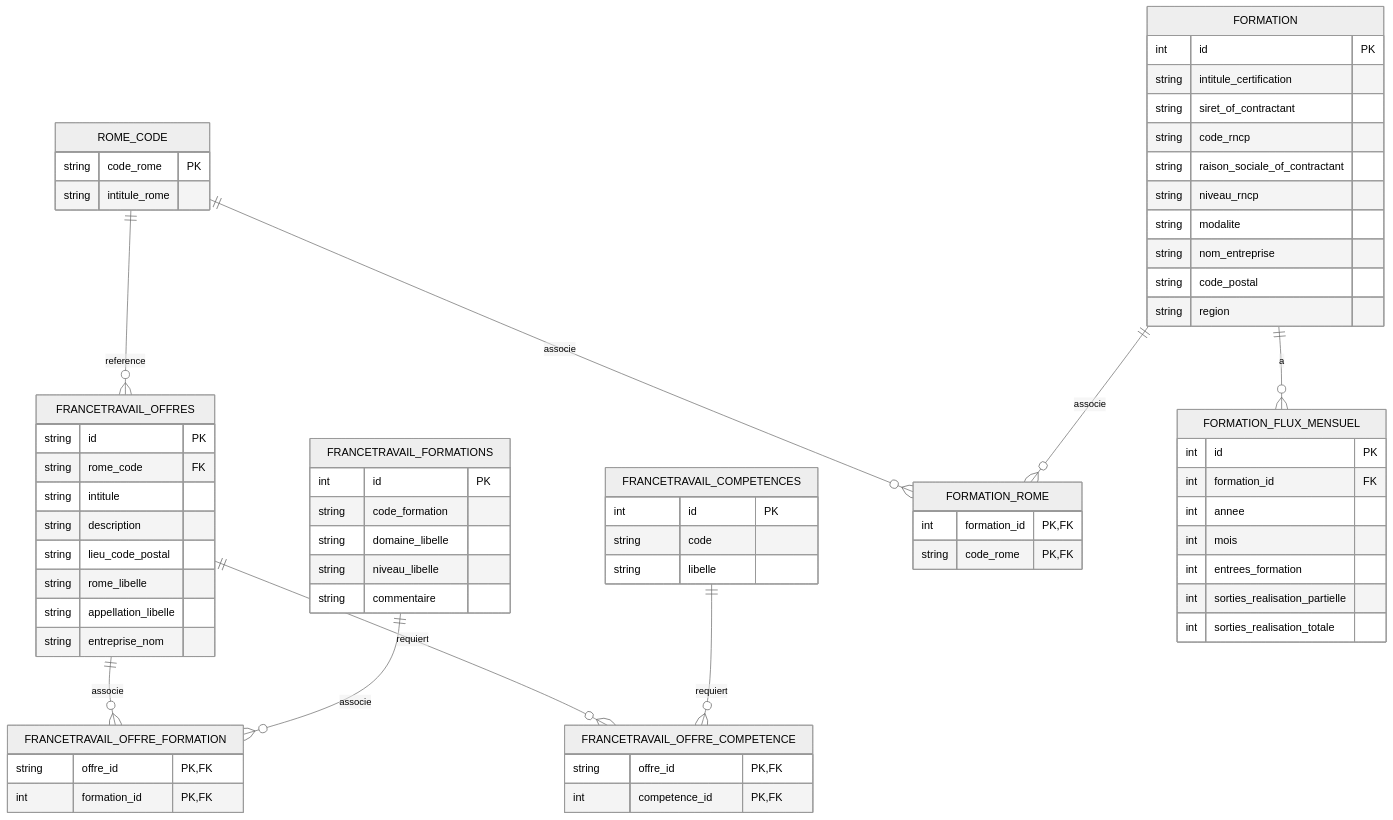
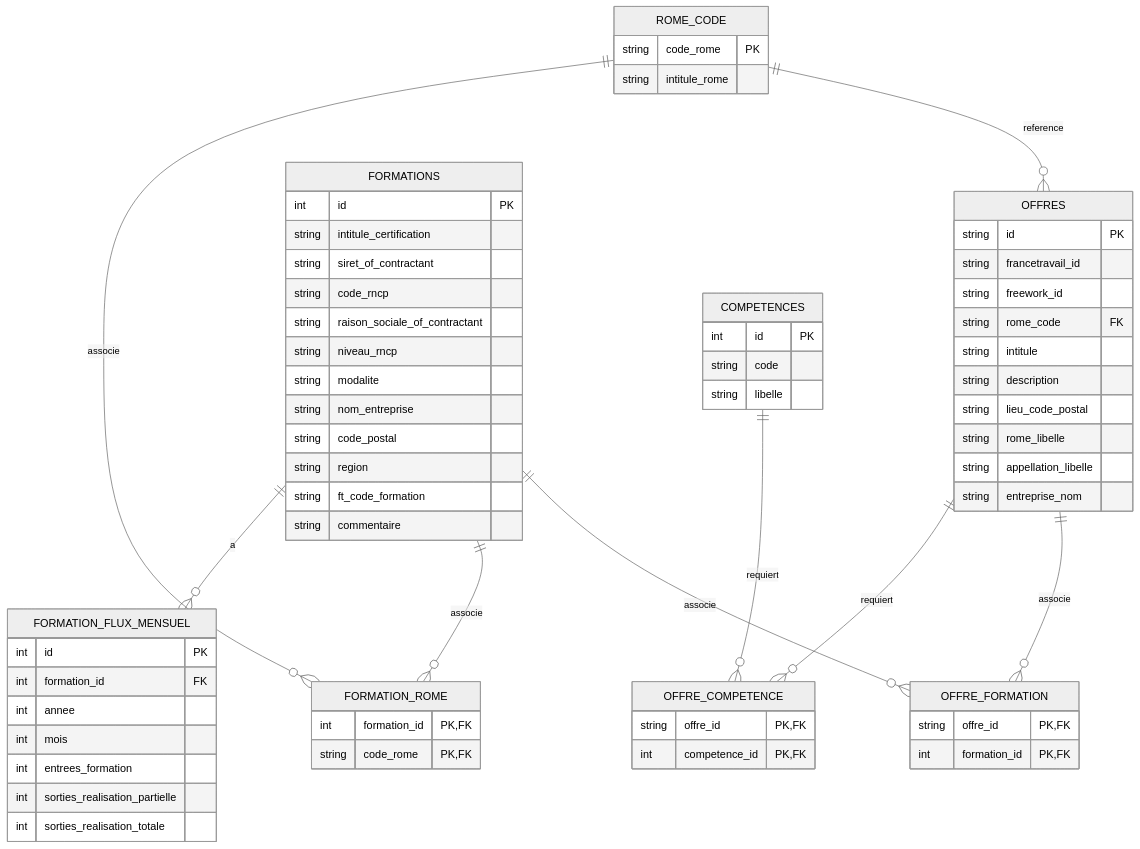
Before and after one commit to cmoileboss/observia-emploi: the diagram in README.md, drawn with Mermaid (neutral theme). The commit also changed other lines of this file and 5 other files, not shown here.

````diff
--- a/README.md
+++ b/README.md
@@ -196,79 +195,75 @@
 ```mermaid
 erDiagram
-	FRANCETRAVAIL_OFFRES ||--o{ FRANCETRAVAIL_OFFRE_FORMATION : associe
-	FRANCETRAVAIL_FORMATIONS ||--o{ FRANCETRAVAIL_OFFRE_FORMATION : associe
-	FRANCETRAVAIL_OFFRES ||--o{ FRANCETRAVAIL_OFFRE_COMPETENCE : requiert
-	FRANCETRAVAIL_COMPETENCES ||--o{ FRANCETRAVAIL_OFFRE_COMPETENCE : requiert
-	ROME_CODE ||--o{ FRANCETRAVAIL_OFFRES : reference
+	OFFRES ||--o{ OFFRE_FORMATION : associe
+	FORMATIONS ||--o{ OFFRE_FORMATION : associe
+	OFFRES ||--o{ OFFRE_COMPETENCE : requiert
+	COMPETENCES ||--o{ OFFRE_COMPETENCE : requiert
+	ROME_CODE ||--o{ OFFRES : reference
 	ROME_CODE ||--o{ FORMATION_ROME : associe
-	FORMATION ||--o{ FORMATION_ROME : associe
-	FORMATION ||--o{ FORMATION_FLUX_MENSUEL : a
+	FORMATIONS ||--o{ FORMATION_ROME : associe
+	FORMATIONS ||--o{ FORMATION_FLUX_MENSUEL : a
 
-	FRANCETRAVAIL_OFFRES {
+	OFFRES {
 		string id PK
+		string francetravail_id
+		string freework_id
 		string rome_code FK
 		string intitule
 		string description
 		string lieu_code_postal
 		string rome_libelle
 		string appellation_libelle
 		string entreprise_nom
 	}
 
 	ROME_CODE {
 		string code_rome PK
 		string intitule_rome
 	}
 
-	FRANCETRAVAIL_FORMATIONS {
-		int id PK
-		string code_formation
-		string domaine_libelle
-		string niveau_libelle
-		string commentaire
-	}
-
-	FRANCETRAVAIL_COMPETENCES {
-		int id PK
-		string code
-		string libelle
-	}
-
-	FRANCETRAVAIL_OFFRE_FORMATION {
-		string offre_id PK, FK
-		int formation_id PK, FK
-	}
-
-	FRANCETRAVAIL_OFFRE_COMPETENCE {
-		string offre_id PK, FK
-		int competence_id PK, FK
-	}
-
-	FORMATION_ROME {
-		int formation_id PK, FK
-		string code_rome PK, FK
-	}
-
-	FORMATION {
+	FORMATIONS {
 		int id PK
 		string intitule_certification
 		string siret_of_contractant
 		string code_rncp
 		string raison_sociale_of_contractant
 		string niveau_rncp
 		string modalite
 		string nom_entreprise
 		string code_postal
 		string region
+		string ft_code_formation
+		string commentaire
+	}
+
+	COMPETENCES {
+		int id PK
+		string code
+		string libelle
+	}
+
+	OFFRE_FORMATION {
+		string offre_id PK, FK
+		int formation_id PK, FK
+	}
+
+	OFFRE_COMPETENCE {
+		string offre_id PK, FK
+		int competence_id PK, FK
+	}
+
+	FORMATION_ROME {
+		int formation_id PK, FK
+		string code_rome PK, FK
 	}
 
 	FORMATION_FLUX_MENSUEL {
 		int id PK
 		int formation_id FK
 		int annee
 		int mois
 		int entrees_formation
 		int sorties_realisation_partielle
 		int sorties_realisation_totale
 	}
 ```  
````
